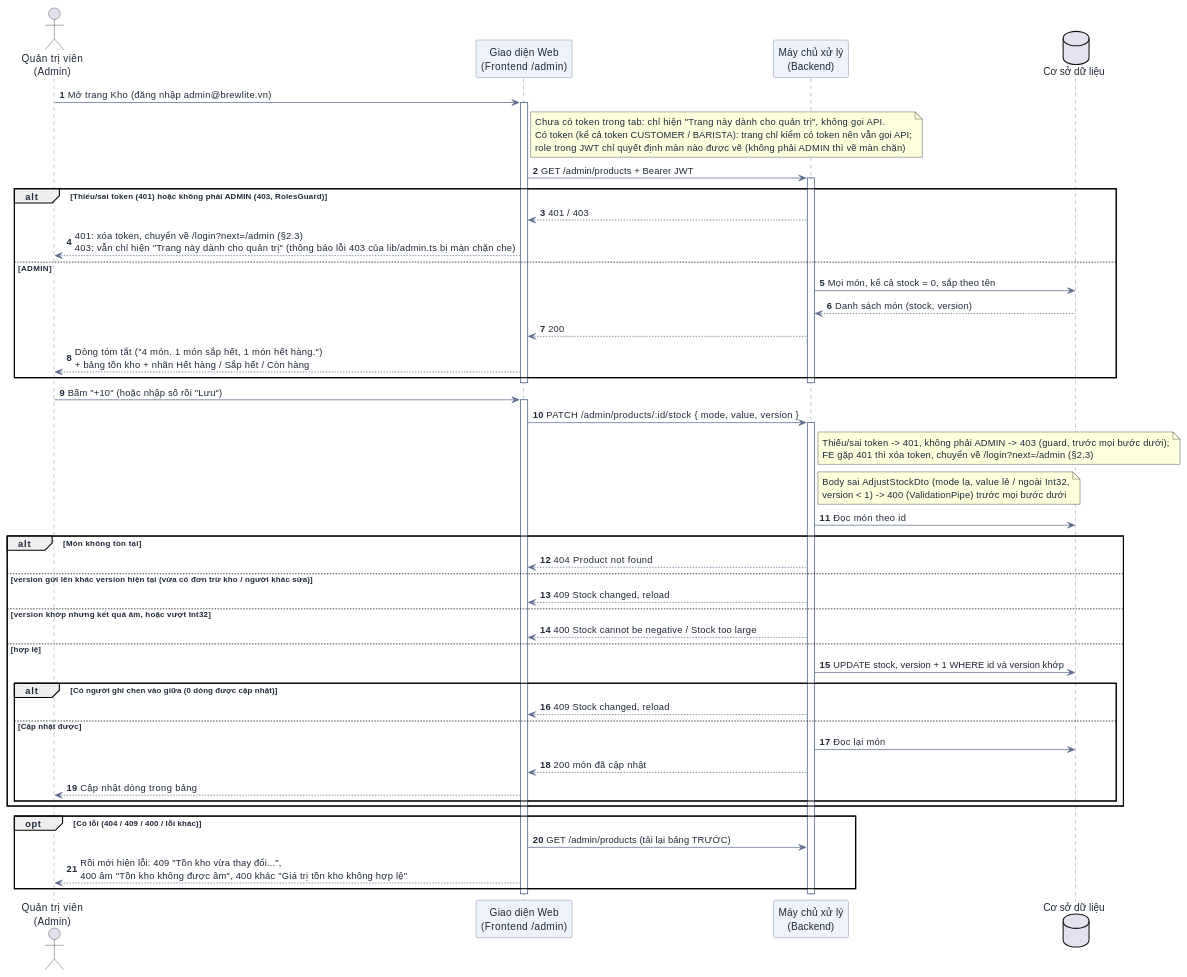
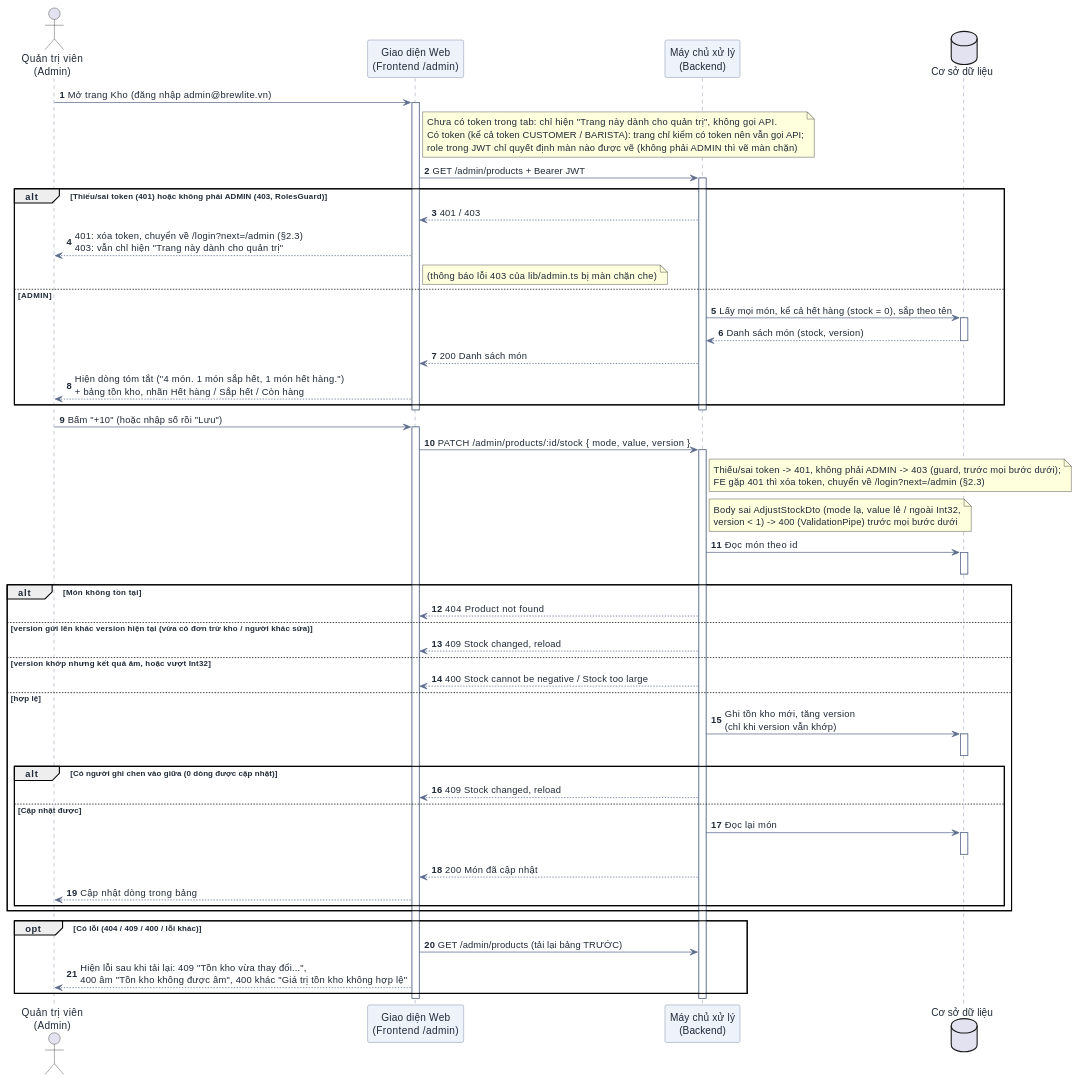
One commit to DuVinhLoi/BrewLite changed the ninth of 10 diagrams in docs/user-sequence-specifications.md. Above: the diagram before and after it, drawn with PlantUML. The commit also changed other lines of this file, not shown here.

Commit message:
docs: clarify UC08-UC16 sequence messages and activation

````diff
--- a/docs/user-sequence-specifications.md
+++ b/docs/user-sequence-specifications.md
@@ -971,62 +977,71 @@
 ```plantuml
 @startuml
 skinparam DefaultFontColor #1f2937
 skinparam ArrowColor #5b6b8c
 skinparam SequenceParticipantBackgroundColor #eef2fb
 skinparam SequenceParticipantBorderColor #5b6b8c
 skinparam SequenceLifeLineBorderColor #5b6b8c
 
 autonumber
 actor "Quản trị viên\n(Admin)" as User
 participant "Giao diện Web\n(Frontend /admin)" as FE
 participant "Máy chủ xử lý\n(Backend)" as BE
 database "Cơ sở dữ liệu" as DB
 
 User -> FE : Mở trang Kho (đăng nhập admin@brewlite.vn)
 activate FE
 note right of FE : Chưa có token trong tab: chỉ hiện "Trang này dành cho quản trị", không gọi API.\nCó token (kể cả token CUSTOMER / BARISTA): trang chỉ kiểm có token nên vẫn gọi API;\nrole trong JWT chỉ quyết định màn nào được vẽ (không phải ADMIN thì vẽ màn chặn)
 FE -> BE : GET /admin/products + Bearer JWT
 activate BE
 alt Thiếu/sai token (401) hoặc không phải ADMIN (403, RolesGuard)
   BE --> FE : 401 / 403
-  FE --> User : 401: xóa token, chuyển về /login?next=/admin (§2.3)\n403: vẫn chỉ hiện "Trang này dành cho quản trị" (thông báo lỗi 403 của lib/admin.ts bị màn chặn che)
+  FE --> User : 401: xóa token, chuyển về /login?next=/admin (§2.3)\n403: vẫn chỉ hiện "Trang này dành cho quản trị"
+  note right of FE : (thông báo lỗi 403 của lib/admin.ts bị màn chặn che)
 else ADMIN
-  BE -> DB : Mọi món, kể cả stock = 0, sắp theo tên
+  BE -> DB : Lấy mọi món, kể cả hết hàng (stock = 0), sắp theo tên
+  activate DB
   DB --> BE : Danh sách món (stock, version)
-  BE --> FE : 200
-  FE --> User : Dòng tóm tắt ("4 món. 1 món sắp hết, 1 món hết hàng.")\n+ bảng tồn kho + nhãn Hết hàng / Sắp hết / Còn hàng
+  deactivate DB
+  BE --> FE : 200 Danh sách món
+  FE --> User : Hiện dòng tóm tắt ("4 món. 1 món sắp hết, 1 món hết hàng.")\n+ bảng tồn kho, nhãn Hết hàng / Sắp hết / Còn hàng
 end
 deactivate BE
 deactivate FE
 
 User -> FE : Bấm "+10" (hoặc nhập số rồi "Lưu")
 activate FE
 FE -> BE : PATCH /admin/products/:id/stock { mode, value, version }
 activate BE
 note right of BE : Thiếu/sai token -> 401, không phải ADMIN -> 403 (guard, trước mọi bước dưới);\nFE gặp 401 thì xóa token, chuyển về /login?next=/admin (§2.3)
 note right of BE : Body sai AdjustStockDto (mode lạ, value lẻ / ngoài Int32,\nversion < 1) -> 400 (ValidationPipe) trước mọi bước dưới
 BE -> DB : Đọc món theo id
+activate DB
+deactivate DB
 alt Món không tồn tại
   BE --> FE : 404 Product not found
 else version gửi lên khác version hiện tại (vừa có đơn trừ kho / người khác sửa)
   BE --> FE : 409 Stock changed, reload
 else version khớp nhưng kết quả âm, hoặc vượt Int32
   BE --> FE : 400 Stock cannot be negative / Stock too large
 else hợp lệ
-  BE -> DB : UPDATE stock, version + 1 WHERE id và version khớp
+  BE -> DB : Ghi tồn kho mới, tăng version\n(chỉ khi version vẫn khớp)
+  activate DB
+  deactivate DB
   alt Có người ghi chen vào giữa (0 dòng được cập nhật)
     BE --> FE : 409 Stock changed, reload
   else Cập nhật được
     BE -> DB : Đọc lại món
-    BE --> FE : 200 món đã cập nhật
+    activate DB
+    deactivate DB
+    BE --> FE : 200 Món đã cập nhật
     FE --> User : Cập nhật dòng trong bảng
   end
 end
 opt Có lỗi (404 / 409 / 400 / lỗi khác)
   FE -> BE : GET /admin/products (tải lại bảng TRƯỚC)
-  FE --> User : Rồi mới hiện lỗi: 409 "Tồn kho vừa thay đổi...",\n400 âm "Tồn kho không được âm", 400 khác "Giá trị tồn kho không hợp lệ"
+  FE --> User : Hiện lỗi sau khi tải lại: 409 "Tồn kho vừa thay đổi...",\n400 âm "Tồn kho không được âm", 400 khác "Giá trị tồn kho không hợp lệ"
 end
 deactivate BE
 deactivate FE
 @enduml
 ```
````
